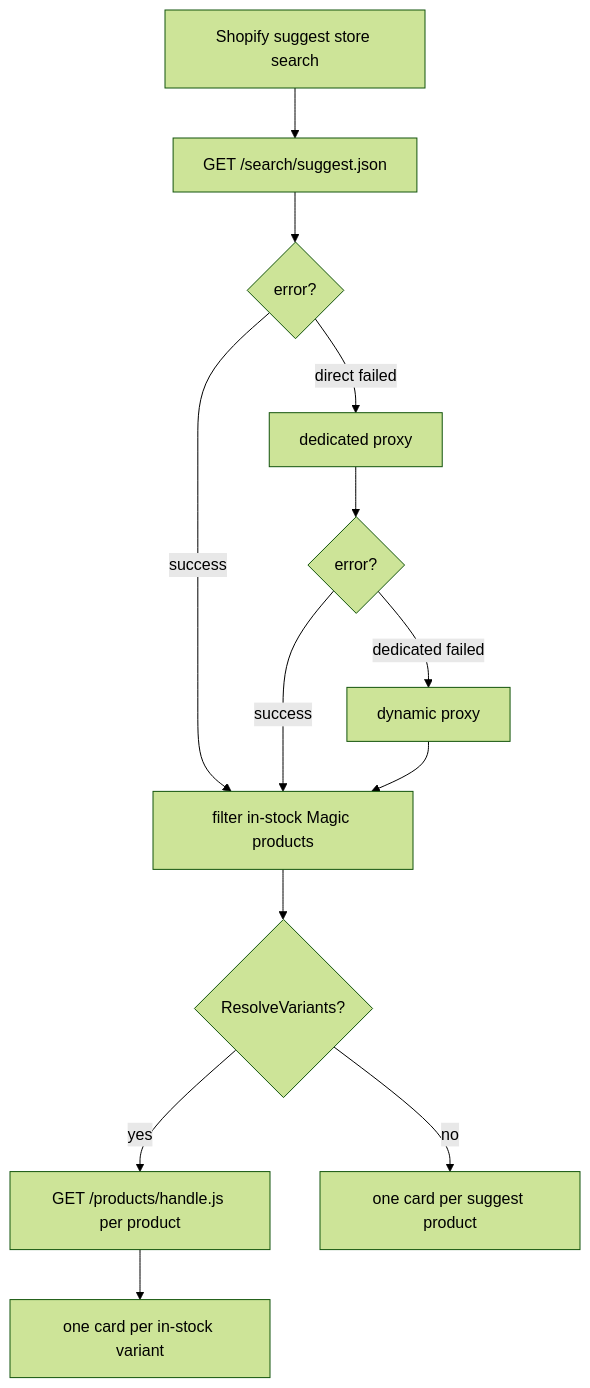
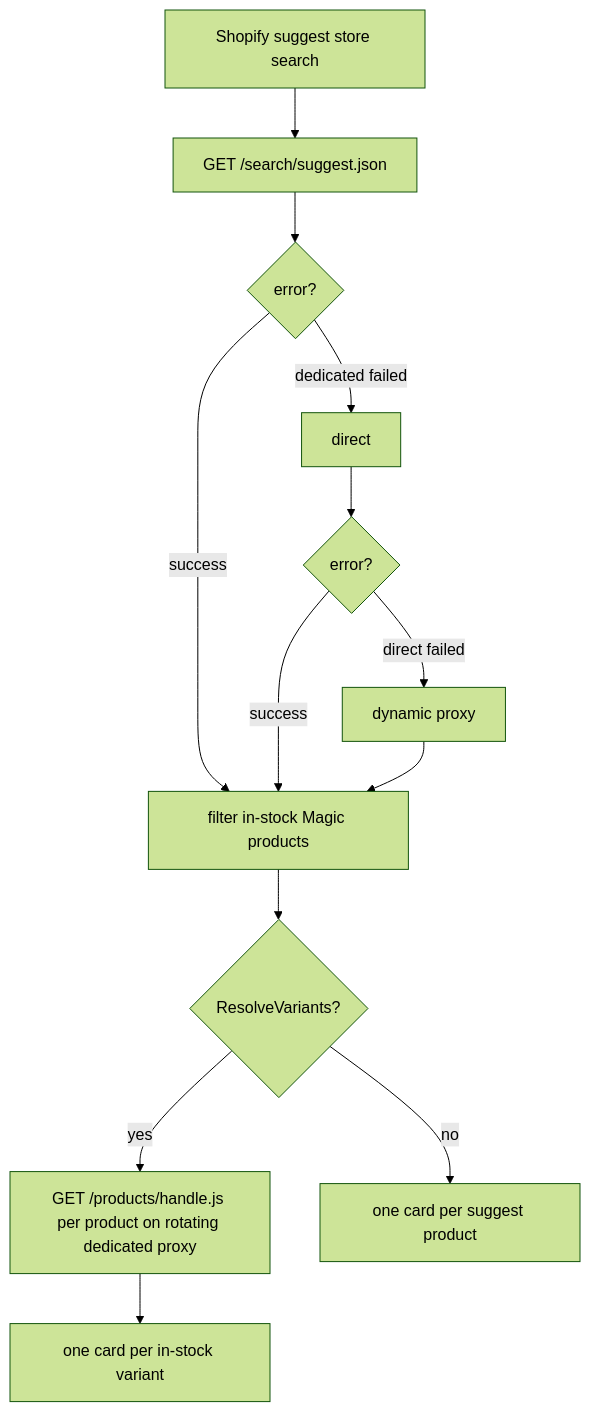
Before and after one commit to xenodus/gishathfetch: the fourth of 5 diagrams in README.md, drawn with Mermaid (forest theme). The commit also changed other lines of this file and 6 other files, not shown here.

First line of the commit message:
Shopify suggest: dedicated-first proxy and cap variant resolution at 5 (#242)

````diff
--- a/README.md
+++ b/README.md
@@ -226,15 +225,15 @@
 ```mermaid
 flowchart TD
     A[Shopify suggest store search] --> B[GET /search/suggest.json]
     B --> C{error?}
-    C -- direct failed --> D[dedicated proxy]
+    C -- dedicated failed --> D[direct]
     C -- success --> E[filter in-stock Magic products]
     D --> F{error?}
-    F -- dedicated failed --> G[dynamic proxy]
+    F -- direct failed --> G[dynamic proxy]
     F -- success --> E
     G --> E
     E --> H{ResolveVariants?}
-    H -- yes --> I[GET /products/handle.js per product]
+    H -- yes --> I[GET /products/handle.js per product on rotating dedicated proxy]
     I --> J[one card per in-stock variant]
     H -- no --> K[one card per suggest product]
 ```
````
